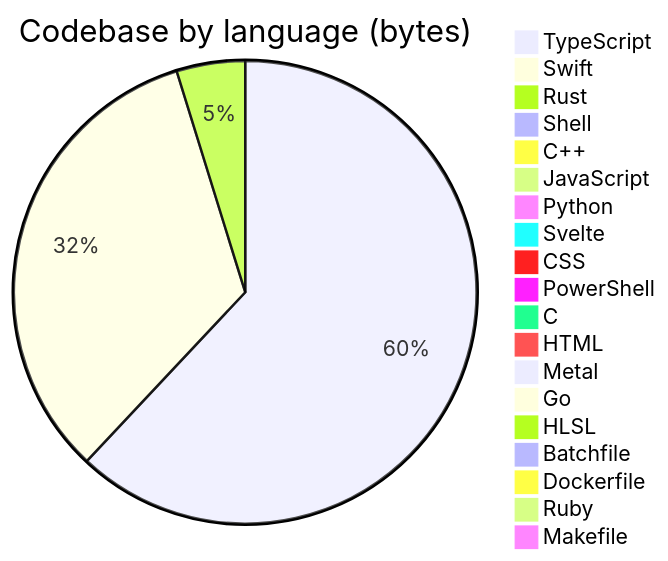
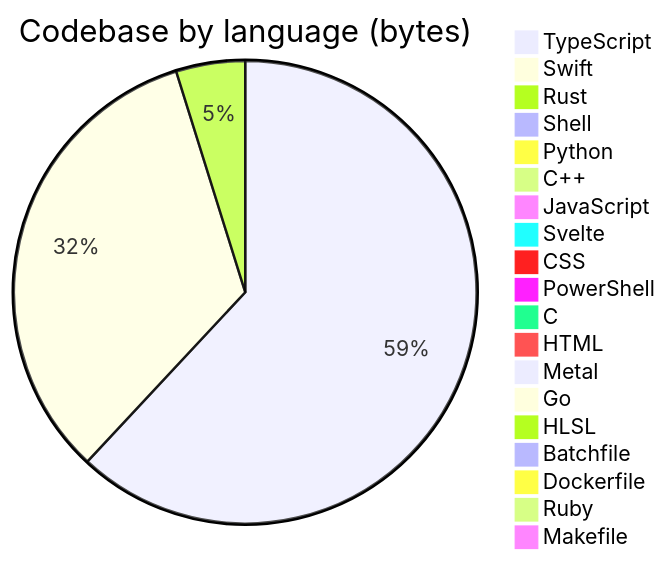
Before and after one commit to Open330/.github: the diagram in profile/README.md, drawn with Mermaid. The commit also changed other lines of this file, not shown here.

````diff
--- a/profile/README.md
+++ b/profile/README.md
@@ -130,22 +130,22 @@
 ```mermaid
 pie title Codebase by language (bytes)
-    "TypeScript" : 34474664
-    "Swift" : 18471457
-    "Rust" : 2661626
-    "Shell" : 501033
+    "TypeScript" : 34479604
+    "Swift" : 18497283
+    "Rust" : 2684444
+    "Shell" : 506690
+    "Python" : 432319
     "C++" : 388775
     "JavaScript" : 368493
-    "Python" : 342510
     "Svelte" : 143451
     "CSS" : 142903
     "PowerShell" : 128198
     "C" : 114143
-    "HTML" : 50085
+    "HTML" : 55101
     "Metal" : 33033
     "Go" : 22811
     "HLSL" : 7527
     "Batchfile" : 5870
     "Dockerfile" : 4893
     "Ruby" : 1554
     "Makefile" : 1150
 ```
````
